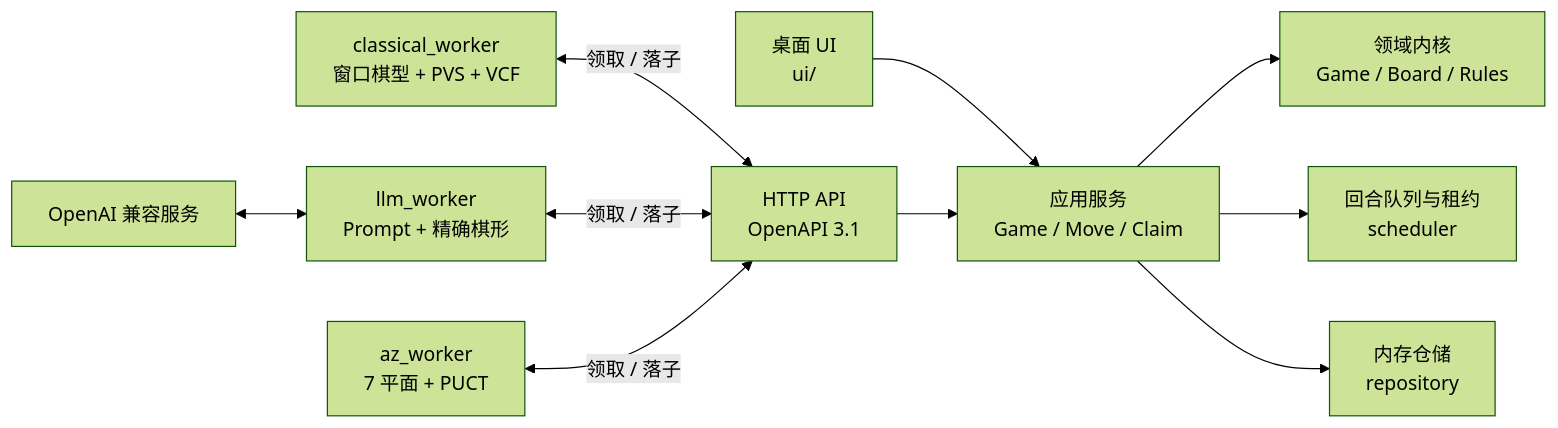
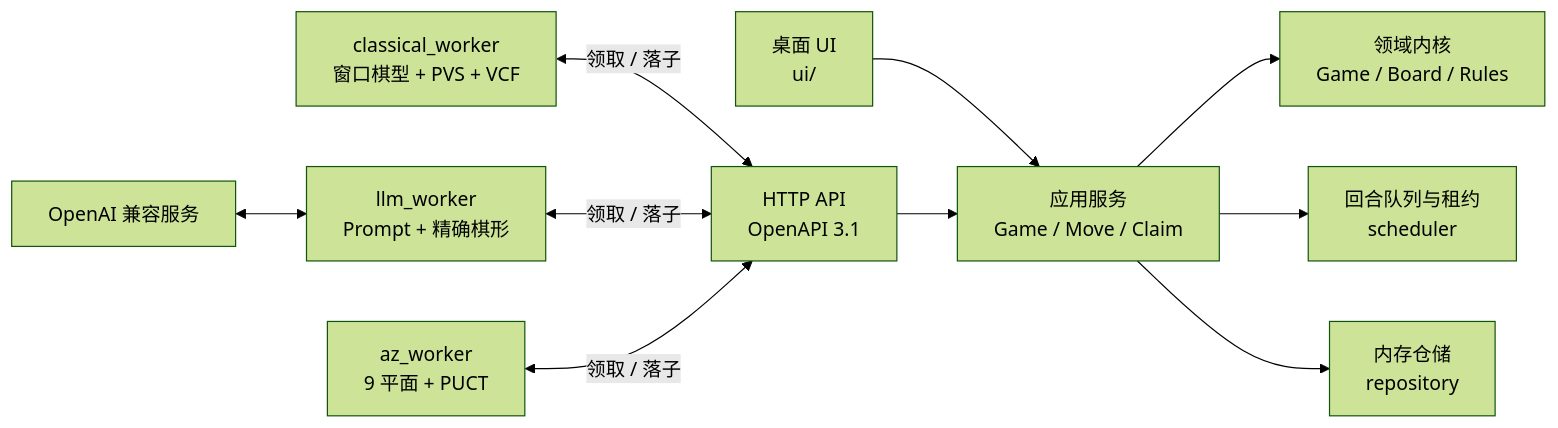
One commit to qzh200/Gomoku changed the diagram in README.md. Above: the diagram before and after it, drawn with Mermaid (forest theme). The commit also changed other lines of this file and 20 other files, not shown here.

````diff
--- a/README.md
+++ b/README.md
@@ -75,12 +75,12 @@
 ```mermaid
 flowchart LR
   UI["桌面 UI<br/>ui/"] --> APP["应用服务<br/>Game / Move / Claim"]
   API["HTTP API<br/>OpenAPI 3.1"] --> APP
   APP --> CORE["领域内核<br/>Game / Board / Rules"]
   APP --> SCH["回合队列与租约<br/>scheduler"]
   APP --> MEM["内存仓储<br/>repository"]
   C["classical_worker<br/>窗口棋型 + PVS + VCF"] <-->|"领取 / 落子"| API
   L["llm_worker<br/>Prompt + 精确棋形"] <-->|"领取 / 落子"| API
-  A["az_worker<br/>7 平面 + PUCT"] <-->|"领取 / 落子"| API
+  A["az_worker<br/>9 平面 + PUCT"] <-->|"领取 / 落子"| API
   O["OpenAI 兼容服务"] <--> L
 ```
````
